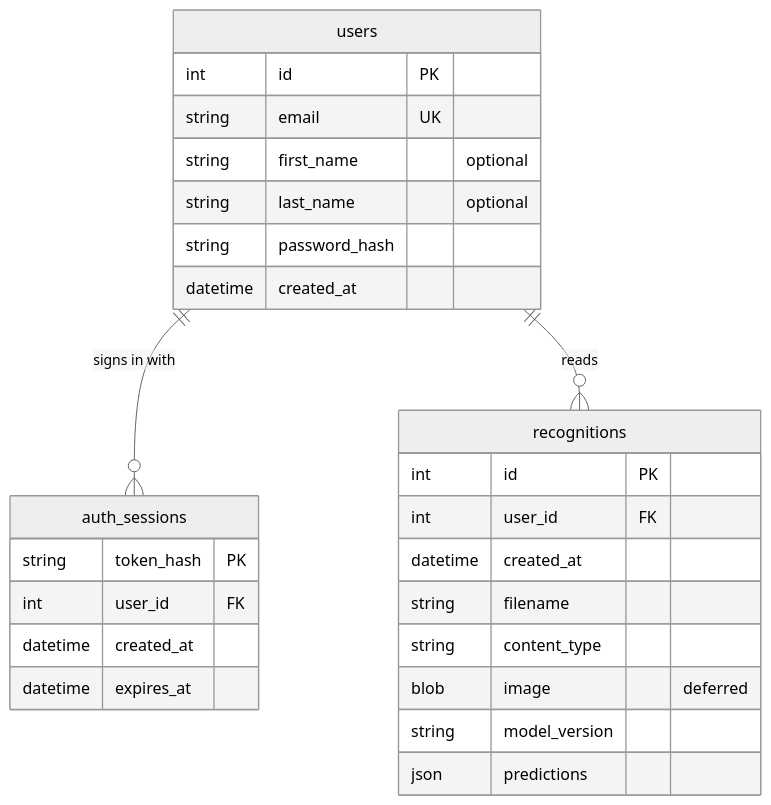
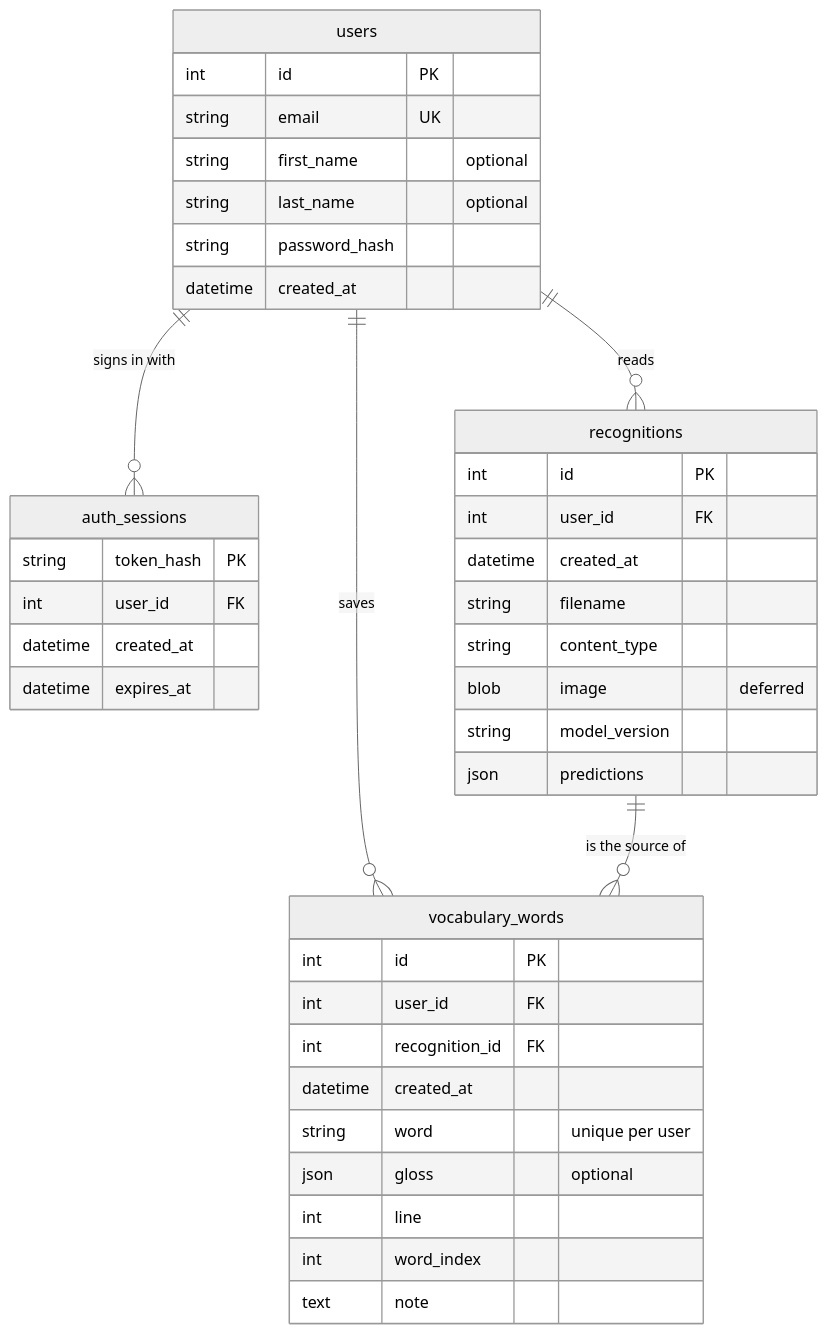
Before and after one commit to muhammadov-q/lexis: the diagram in docs/architecture/database.md, drawn with Mermaid (neutral theme). The commit also changed other lines of this file and 25 other files, not shown here.

First line of the commit message:
feat(backend): save words from your results to a personal vocabulary (#119)

````diff
--- a/docs/architecture/database.md
+++ b/docs/architecture/database.md
@@ -9,29 +9,42 @@
 ```mermaid
 erDiagram
     users ||--o{ auth_sessions : "signs in with"
     users ||--o{ recognitions : "reads"
+    users ||--o{ vocabulary_words : "saves"
+    recognitions ||--o{ vocabulary_words : "is the source of"
     users {
         int id PK
         string email UK
         string first_name "optional"
         string last_name "optional"
         string password_hash
         datetime created_at
     }
     auth_sessions {
         string token_hash PK
         int user_id FK
         datetime created_at
         datetime expires_at
     }
     recognitions {
         int id PK
         int user_id FK
         datetime created_at
         string filename
         string content_type
         blob image "deferred"
         string model_version
         json predictions
     }
+    vocabulary_words {
+        int id PK
+        int user_id FK
+        int recognition_id FK
+        datetime created_at
+        string word "unique per user"
+        json gloss "optional"
+        int line
+        int word_index
+        text note
+    }
 ```
````
